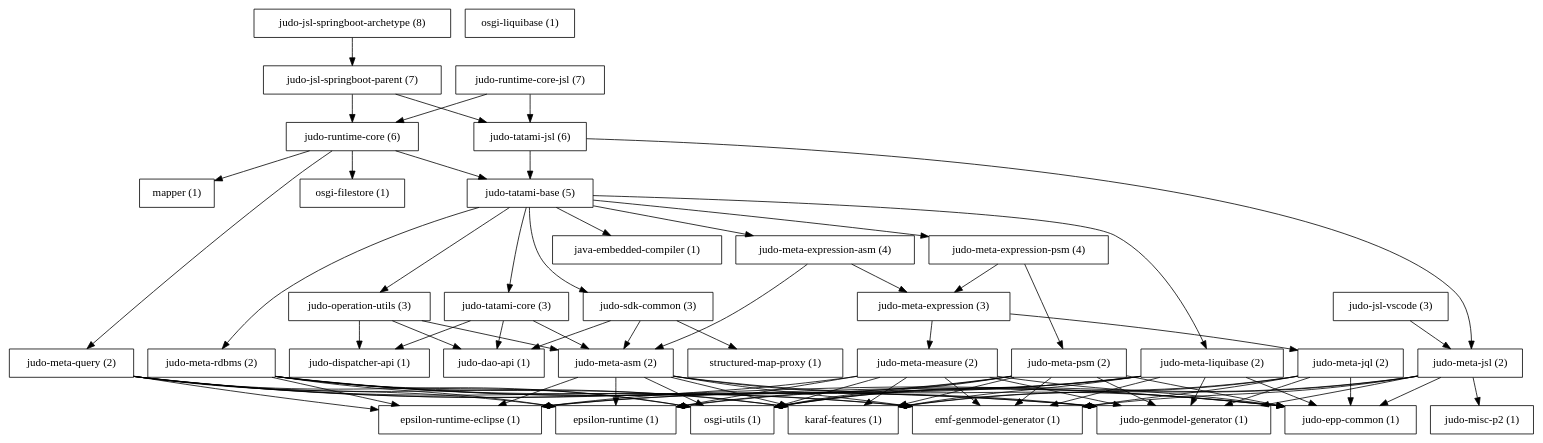
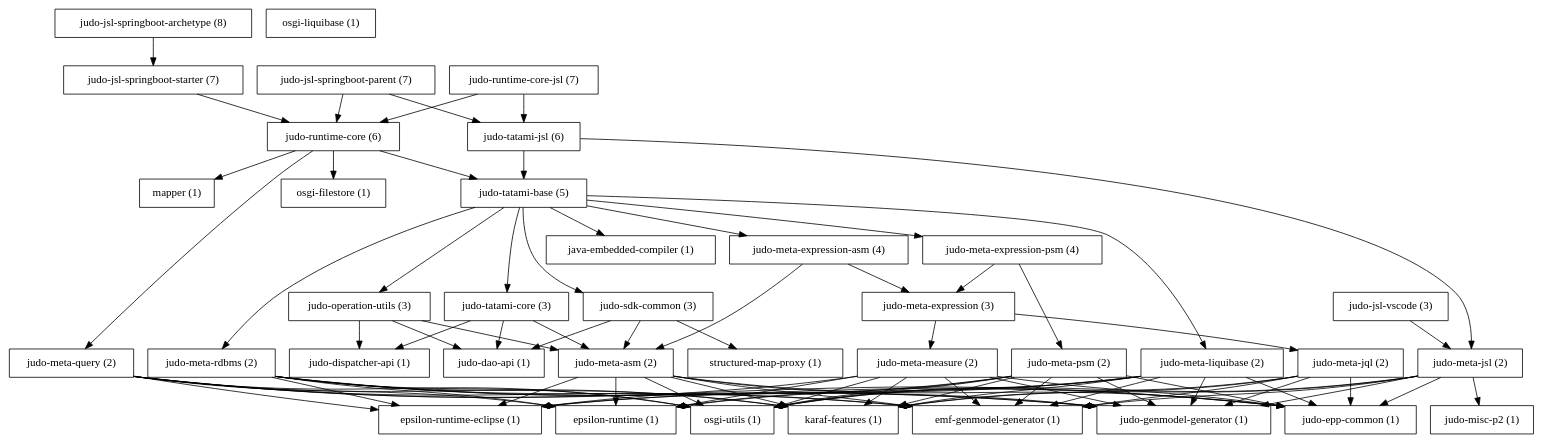
One commit to BlackBeltTechnology/judo-community changed the diagram in dependency.dot. Above: the diagram before and after it, drawn with Graphviz. The commit also changed 1 other file, not shown here.

```diff
--- a/dependency.dot
+++ b/dependency.dot
@@ -1,126 +1,128 @@
 strict digraph  {
 "epsilon-runtime (1)" [label="epsilon-runtime (1)", shape=box];
 "epsilon-runtime-eclipse (1)" [label="epsilon-runtime-eclipse (1)", shape=box];
 "emf-genmodel-generator (1)" [label="emf-genmodel-generator (1)", shape=box];
 "judo-genmodel-generator (1)" [label="judo-genmodel-generator (1)", shape=box];
 "judo-epp-common (1)" [label="judo-epp-common (1)", shape=box];
 "osgi-utils (1)" [label="osgi-utils (1)", shape=box];
 "java-embedded-compiler (1)" [label="java-embedded-compiler (1)", shape=box];
 "structured-map-proxy (1)" [label="structured-map-proxy (1)", shape=box];
 "karaf-features (1)" [label="karaf-features (1)", shape=box];
 "mapper (1)" [label="mapper (1)", shape=box];
 "osgi-liquibase (1)" [label="osgi-liquibase (1)", shape=box];
 "osgi-filestore (1)" [label="osgi-filestore (1)", shape=box];
 "judo-misc-p2 (1)" [label="judo-misc-p2 (1)", shape=box];
 "judo-dao-api (1)" [label="judo-dao-api (1)", shape=box];
 "judo-dispatcher-api (1)" [label="judo-dispatcher-api (1)", shape=box];
 "judo-jsl-vscode (3)" [label="judo-jsl-vscode (3)", shape=box];
 "judo-meta-asm (2)" [label="judo-meta-asm (2)", shape=box];
 "judo-meta-expression (3)" [label="judo-meta-expression (3)", shape=box];
 "judo-meta-expression-asm (4)" [label="judo-meta-expression-asm (4)", shape=box];
 "judo-meta-expression-psm (4)" [label="judo-meta-expression-psm (4)", shape=box];
 "judo-meta-jql (2)" [label="judo-meta-jql (2)", shape=box];
 "judo-meta-jsl (2)" [label="judo-meta-jsl (2)", shape=box];
 "judo-meta-liquibase (2)" [label="judo-meta-liquibase (2)", shape=box];
 "judo-meta-measure (2)" [label="judo-meta-measure (2)", shape=box];
 "judo-meta-psm (2)" [label="judo-meta-psm (2)", shape=box];
 "judo-meta-query (2)" [label="judo-meta-query (2)", shape=box];
 "judo-meta-rdbms (2)" [label="judo-meta-rdbms (2)", shape=box];
 "judo-operation-utils (3)" [label="judo-operation-utils (3)", shape=box];
 "judo-runtime-core (6)" [label="judo-runtime-core (6)", shape=box];
 "judo-runtime-core-jsl (7)" [label="judo-runtime-core-jsl (7)", shape=box];
 "judo-sdk-common (3)" [label="judo-sdk-common (3)", shape=box];
 "judo-tatami-base (5)" [label="judo-tatami-base (5)", shape=box];
 "judo-tatami-core (3)" [label="judo-tatami-core (3)", shape=box];
 "judo-tatami-jsl (6)" [label="judo-tatami-jsl (6)", shape=box];
 "judo-jsl-springboot-parent (7)" [label="judo-jsl-springboot-parent (7)", shape=box];
+"judo-jsl-springboot-starter (7)" [label="judo-jsl-springboot-starter (7)", shape=box];
 "judo-jsl-springboot-archetype (8)" [label="judo-jsl-springboot-archetype (8)", shape=box];
 "judo-jsl-vscode (3)" -> "judo-meta-jsl (2)";
+"judo-meta-asm (2)" -> "epsilon-runtime-eclipse (1)";
+"judo-meta-asm (2)" -> "karaf-features (1)";
+"judo-meta-asm (2)" -> "judo-genmodel-generator (1)";
+"judo-meta-asm (2)" -> "judo-epp-common (1)";
+"judo-meta-asm (2)" -> "epsilon-runtime (1)";
 "judo-meta-asm (2)" -> "emf-genmodel-generator (1)";
-"judo-meta-asm (2)" -> "karaf-features (1)";
 "judo-meta-asm (2)" -> "osgi-utils (1)";
-"judo-meta-asm (2)" -> "judo-genmodel-generator (1)";
-"judo-meta-asm (2)" -> "epsilon-runtime (1)";
-"judo-meta-asm (2)" -> "judo-epp-common (1)";
-"judo-meta-asm (2)" -> "epsilon-runtime-eclipse (1)";
+"judo-meta-expression (3)" -> "judo-meta-jql (2)";
 "judo-meta-expression (3)" -> "judo-meta-measure (2)";
-"judo-meta-expression (3)" -> "judo-meta-jql (2)";
+"judo-meta-expression-asm (4)" -> "judo-meta-asm (2)";
 "judo-meta-expression-asm (4)" -> "judo-meta-expression (3)";
-"judo-meta-expression-asm (4)" -> "judo-meta-asm (2)";
+"judo-meta-expression-psm (4)" -> "judo-meta-expression (3)";
 "judo-meta-expression-psm (4)" -> "judo-meta-psm (2)";
-"judo-meta-expression-psm (4)" -> "judo-meta-expression (3)";
-"judo-meta-jql (2)" -> "emf-genmodel-generator (1)";
 "judo-meta-jql (2)" -> "karaf-features (1)";
 "judo-meta-jql (2)" -> "judo-genmodel-generator (1)";
 "judo-meta-jql (2)" -> "judo-epp-common (1)";
+"judo-meta-jql (2)" -> "emf-genmodel-generator (1)";
 "judo-meta-jql (2)" -> "osgi-utils (1)";
-"judo-meta-jsl (2)" -> "emf-genmodel-generator (1)";
 "judo-meta-jsl (2)" -> "karaf-features (1)";
-"judo-meta-jsl (2)" -> "judo-misc-p2 (1)";
 "judo-meta-jsl (2)" -> "judo-genmodel-generator (1)";
 "judo-meta-jsl (2)" -> "judo-epp-common (1)";
+"judo-meta-jsl (2)" -> "emf-genmodel-generator (1)";
 "judo-meta-jsl (2)" -> "osgi-utils (1)";
+"judo-meta-jsl (2)" -> "judo-misc-p2 (1)";
+"judo-meta-liquibase (2)" -> "epsilon-runtime-eclipse (1)";
+"judo-meta-liquibase (2)" -> "karaf-features (1)";
+"judo-meta-liquibase (2)" -> "judo-genmodel-generator (1)";
+"judo-meta-liquibase (2)" -> "judo-epp-common (1)";
+"judo-meta-liquibase (2)" -> "epsilon-runtime (1)";
 "judo-meta-liquibase (2)" -> "emf-genmodel-generator (1)";
-"judo-meta-liquibase (2)" -> "karaf-features (1)";
 "judo-meta-liquibase (2)" -> "osgi-utils (1)";
-"judo-meta-liquibase (2)" -> "judo-genmodel-generator (1)";
-"judo-meta-liquibase (2)" -> "epsilon-runtime (1)";
-"judo-meta-liquibase (2)" -> "judo-epp-common (1)";
-"judo-meta-liquibase (2)" -> "epsilon-runtime-eclipse (1)";
+"judo-meta-measure (2)" -> "epsilon-runtime-eclipse (1)";
+"judo-meta-measure (2)" -> "karaf-features (1)";
+"judo-meta-measure (2)" -> "judo-genmodel-generator (1)";
+"judo-meta-measure (2)" -> "judo-epp-common (1)";
+"judo-meta-measure (2)" -> "epsilon-runtime (1)";
 "judo-meta-measure (2)" -> "emf-genmodel-generator (1)";
-"judo-meta-measure (2)" -> "karaf-features (1)";
 "judo-meta-measure (2)" -> "osgi-utils (1)";
-"judo-meta-measure (2)" -> "judo-genmodel-generator (1)";
-"judo-meta-measure (2)" -> "epsilon-runtime (1)";
-"judo-meta-measure (2)" -> "judo-epp-common (1)";
-"judo-meta-measure (2)" -> "epsilon-runtime-eclipse (1)";
+"judo-meta-psm (2)" -> "epsilon-runtime-eclipse (1)";
+"judo-meta-psm (2)" -> "karaf-features (1)";
+"judo-meta-psm (2)" -> "judo-genmodel-generator (1)";
+"judo-meta-psm (2)" -> "judo-epp-common (1)";
+"judo-meta-psm (2)" -> "epsilon-runtime (1)";
 "judo-meta-psm (2)" -> "emf-genmodel-generator (1)";
-"judo-meta-psm (2)" -> "karaf-features (1)";
 "judo-meta-psm (2)" -> "osgi-utils (1)";
-"judo-meta-psm (2)" -> "judo-genmodel-generator (1)";
-"judo-meta-psm (2)" -> "epsilon-runtime (1)";
-"judo-meta-psm (2)" -> "judo-epp-common (1)";
-"judo-meta-psm (2)" -> "epsilon-runtime-eclipse (1)";
+"judo-meta-query (2)" -> "epsilon-runtime-eclipse (1)";
+"judo-meta-query (2)" -> "karaf-features (1)";
+"judo-meta-query (2)" -> "judo-genmodel-generator (1)";
+"judo-meta-query (2)" -> "judo-epp-common (1)";
+"judo-meta-query (2)" -> "epsilon-runtime (1)";
 "judo-meta-query (2)" -> "emf-genmodel-generator (1)";
-"judo-meta-query (2)" -> "karaf-features (1)";
 "judo-meta-query (2)" -> "osgi-utils (1)";
-"judo-meta-query (2)" -> "judo-genmodel-generator (1)";
-"judo-meta-query (2)" -> "epsilon-runtime (1)";
-"judo-meta-query (2)" -> "judo-epp-common (1)";
-"judo-meta-query (2)" -> "epsilon-runtime-eclipse (1)";
+"judo-meta-rdbms (2)" -> "epsilon-runtime-eclipse (1)";
+"judo-meta-rdbms (2)" -> "karaf-features (1)";
+"judo-meta-rdbms (2)" -> "judo-genmodel-generator (1)";
+"judo-meta-rdbms (2)" -> "judo-epp-common (1)";
+"judo-meta-rdbms (2)" -> "epsilon-runtime (1)";
 "judo-meta-rdbms (2)" -> "emf-genmodel-generator (1)";
-"judo-meta-rdbms (2)" -> "karaf-features (1)";
 "judo-meta-rdbms (2)" -> "osgi-utils (1)";
-"judo-meta-rdbms (2)" -> "judo-genmodel-generator (1)";
-"judo-meta-rdbms (2)" -> "epsilon-runtime (1)";
-"judo-meta-rdbms (2)" -> "judo-epp-common (1)";
-"judo-meta-rdbms (2)" -> "epsilon-runtime-eclipse (1)";
+"judo-operation-utils (3)" -> "judo-meta-asm (2)";
 "judo-operation-utils (3)" -> "judo-dispatcher-api (1)";
-"judo-operation-utils (3)" -> "judo-meta-asm (2)";
 "judo-operation-utils (3)" -> "judo-dao-api (1)";
+"judo-runtime-core (6)" -> "osgi-filestore (1)";
 "judo-runtime-core (6)" -> "judo-tatami-base (5)";
 "judo-runtime-core (6)" -> "mapper (1)";
 "judo-runtime-core (6)" -> "judo-meta-query (2)";
-"judo-runtime-core (6)" -> "osgi-filestore (1)";
+"judo-runtime-core-jsl (7)" -> "judo-runtime-core (6)";
 "judo-runtime-core-jsl (7)" -> "judo-tatami-jsl (6)";
-"judo-runtime-core-jsl (7)" -> "judo-runtime-core (6)";
 "judo-sdk-common (3)" -> "judo-meta-asm (2)";
+"judo-sdk-common (3)" -> "structured-map-proxy (1)";
 "judo-sdk-common (3)" -> "judo-dao-api (1)";
-"judo-sdk-common (3)" -> "structured-map-proxy (1)";
-"judo-tatami-base (5)" -> "judo-meta-liquibase (2)";
-"judo-tatami-base (5)" -> "judo-tatami-core (3)";
+"judo-tatami-base (5)" -> "judo-operation-utils (3)";
 "judo-tatami-base (5)" -> "judo-meta-rdbms (2)";
 "judo-tatami-base (5)" -> "judo-sdk-common (3)";
 "judo-tatami-base (5)" -> "java-embedded-compiler (1)";
+"judo-tatami-base (5)" -> "judo-meta-liquibase (2)";
+"judo-tatami-base (5)" -> "judo-meta-expression-asm (4)";
+"judo-tatami-base (5)" -> "judo-tatami-core (3)";
 "judo-tatami-base (5)" -> "judo-meta-expression-psm (4)";
-"judo-tatami-base (5)" -> "judo-meta-expression-asm (4)";
-"judo-tatami-base (5)" -> "judo-operation-utils (3)";
+"judo-tatami-core (3)" -> "judo-meta-asm (2)";
+"judo-tatami-core (3)" -> "judo-dispatcher-api (1)";
 "judo-tatami-core (3)" -> "judo-dao-api (1)";
-"judo-tatami-core (3)" -> "judo-dispatcher-api (1)";
-"judo-tatami-core (3)" -> "judo-meta-asm (2)";
 "judo-tatami-jsl (6)" -> "judo-tatami-base (5)";
 "judo-tatami-jsl (6)" -> "judo-meta-jsl (2)";
+"judo-jsl-springboot-parent (7)" -> "judo-runtime-core (6)";
 "judo-jsl-springboot-parent (7)" -> "judo-tatami-jsl (6)";
-"judo-jsl-springboot-parent (7)" -> "judo-runtime-core (6)";
-"judo-jsl-springboot-archetype (8)" -> "judo-jsl-springboot-parent (7)";
+"judo-jsl-springboot-starter (7)" -> "judo-runtime-core (6)";
+"judo-jsl-springboot-archetype (8)" -> "judo-jsl-springboot-starter (7)";
 }
```
